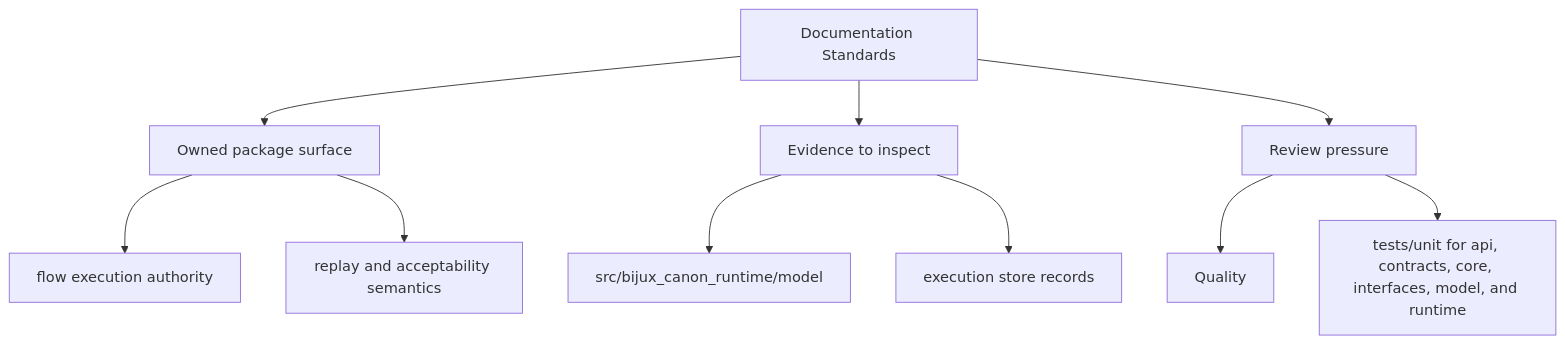
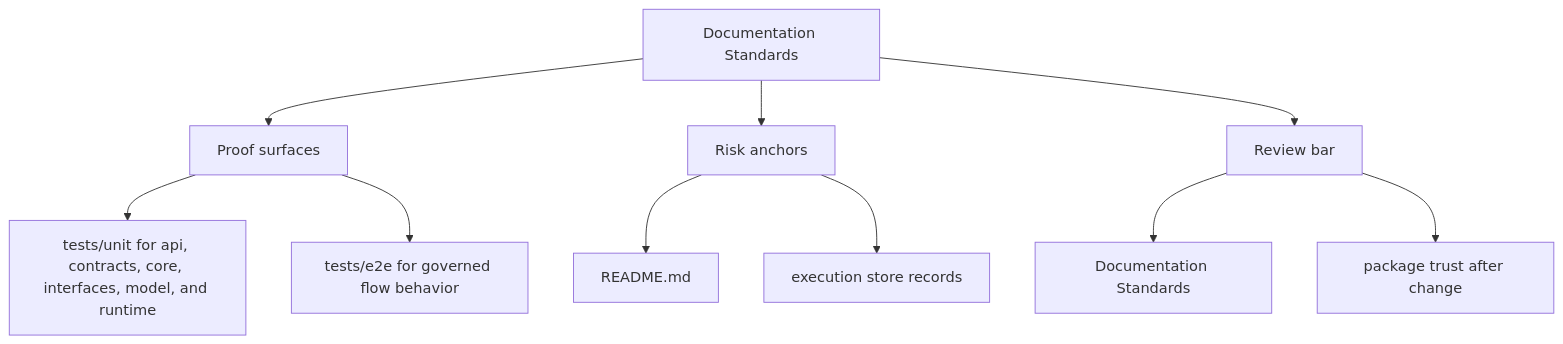
Before and after one commit to bijux/bijux-canon: the second of 2 diagrams in docs/bijux-canon-runtime/quality/documentation-standards.md, drawn with Mermaid. The commit also changed other lines of this file and 250 other files, not shown here.

Commit message:
docs(diagrams): make product page maps more readable

````diff
--- a/docs/bijux-canon-runtime/quality/documentation-standards.md
+++ b/docs/bijux-canon-runtime/quality/documentation-standards.md
@@ -34,22 +34,22 @@
 ```mermaid
 flowchart TD
     page["Documentation Standards"]
-    focus1["Owned package surface"]
+    focus1["Proof surfaces"]
     page --> focus1
-    focus1_1["flow execution authority"]
+    focus1_1["tests/unit for api, contracts, core, interfaces, model, and runtime"]
     focus1 --> focus1_1
-    focus1_2["replay and acceptability semantics"]
+    focus1_2["tests/e2e for governed flow behavior"]
     focus1 --> focus1_2
-    focus2["Evidence to inspect"]
+    focus2["Risk anchors"]
     page --> focus2
-    focus2_1["src/bijux_canon_runtime/model"]
+    focus2_1["README.md"]
     focus2 --> focus2_1
     focus2_2["execution store records"]
     focus2 --> focus2_2
-    focus3["Review pressure"]
+    focus3["Review bar"]
     page --> focus3
-    focus3_1["Quality"]
+    focus3_1["Documentation Standards"]
     focus3 --> focus3_1
-    focus3_2["tests/unit for api, contracts, core, interfaces, model, and runtime"]
+    focus3_2["package trust after change"]
     focus3 --> focus3_2
 ```
````
